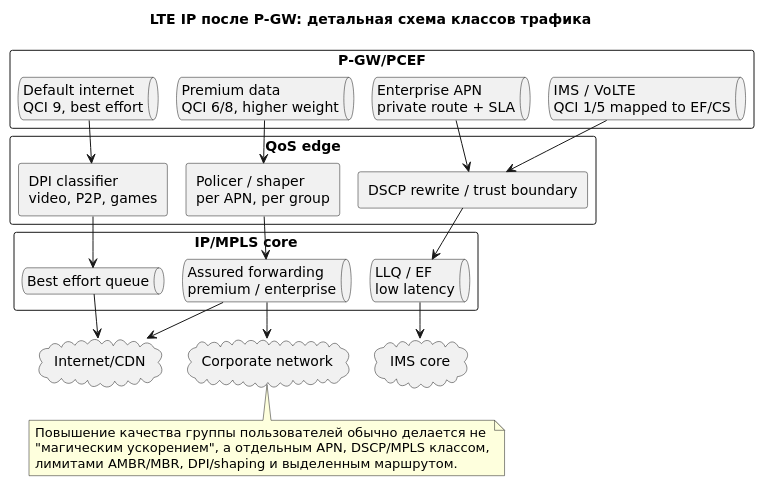
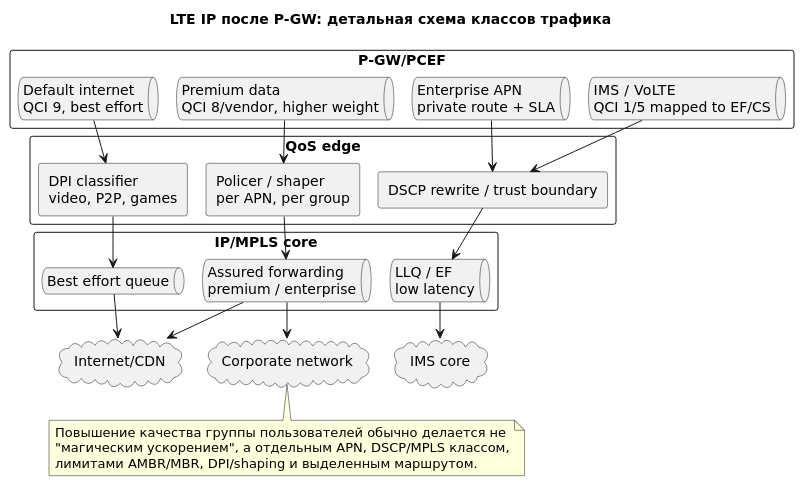
The diagram in docs/mobile-network-qos/diagrams/src/lte-ip-private.puml (jvbistrue-art/Analitics), drawn with PlantUML before and after one commit. The commit also changed 24 other files, not shown here.

```diff
--- a/docs/mobile-network-qos/diagrams/src/lte-ip-private.puml
+++ b/docs/mobile-network-qos/diagrams/src/lte-ip-private.puml
@@ -1,45 +1,45 @@
 @startuml lte-ip-private
 !pragma layout smetana
 skinparam componentStyle rectangle
 skinparam shadowing false
 skinparam defaultFontName DejaVu Sans
 title LTE IP после P-GW: детальная схема классов трафика
 
 rectangle "P-GW/PCEF" as PGW {
   queue "IMS / VoLTE\nQCI 1/5 mapped to EF/CS" as IMS
-  queue "Premium data\nQCI 6/8, higher weight" as PREM
+  queue "Premium data\nQCI 8/vendor, higher weight" as PREM
   queue "Default internet\nQCI 9, best effort" as BE
   queue "Enterprise APN\nprivate route + SLA" as CORP
 }
 rectangle "QoS edge" as EDGE {
   rectangle "DSCP rewrite / trust boundary" as DSCP
   rectangle "Policer / shaper\nper APN, per group" as SHP
   rectangle "DPI classifier\nvideo, P2P, games" as DPI
 }
 rectangle "IP/MPLS core" as CORE {
   queue "LLQ / EF\nlow latency" as LLQ
   queue "Assured forwarding\npremium / enterprise" as AF
   queue "Best effort queue" as BEQ
 }
 cloud "IMS core" as IMSCORE
 cloud "Internet/CDN" as INTERNET
 cloud "Corporate network" as VPN
 
 IMS --> DSCP
 DSCP --> LLQ
 LLQ --> IMSCORE
 PREM --> SHP
 SHP --> AF
 AF --> INTERNET
 BE --> DPI
 DPI --> BEQ
 BEQ --> INTERNET
 CORP --> DSCP
 AF --> VPN
 
 note bottom
 Повышение качества группы пользователей обычно делается не
 "магическим ускорением", а отдельным APN, DSCP/MPLS классом,
 лимитами AMBR/MBR, DPI/shaping и выделенным маршрутом.
 end note
 @enduml
```
